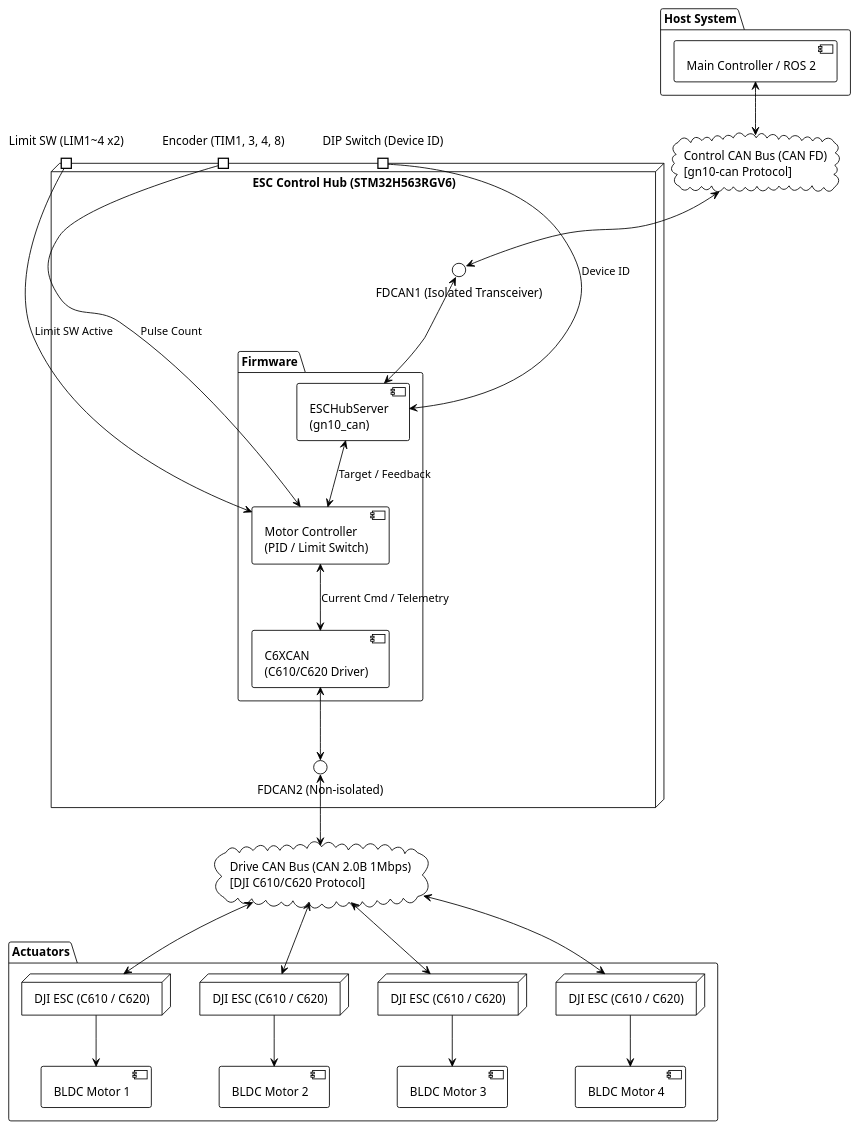
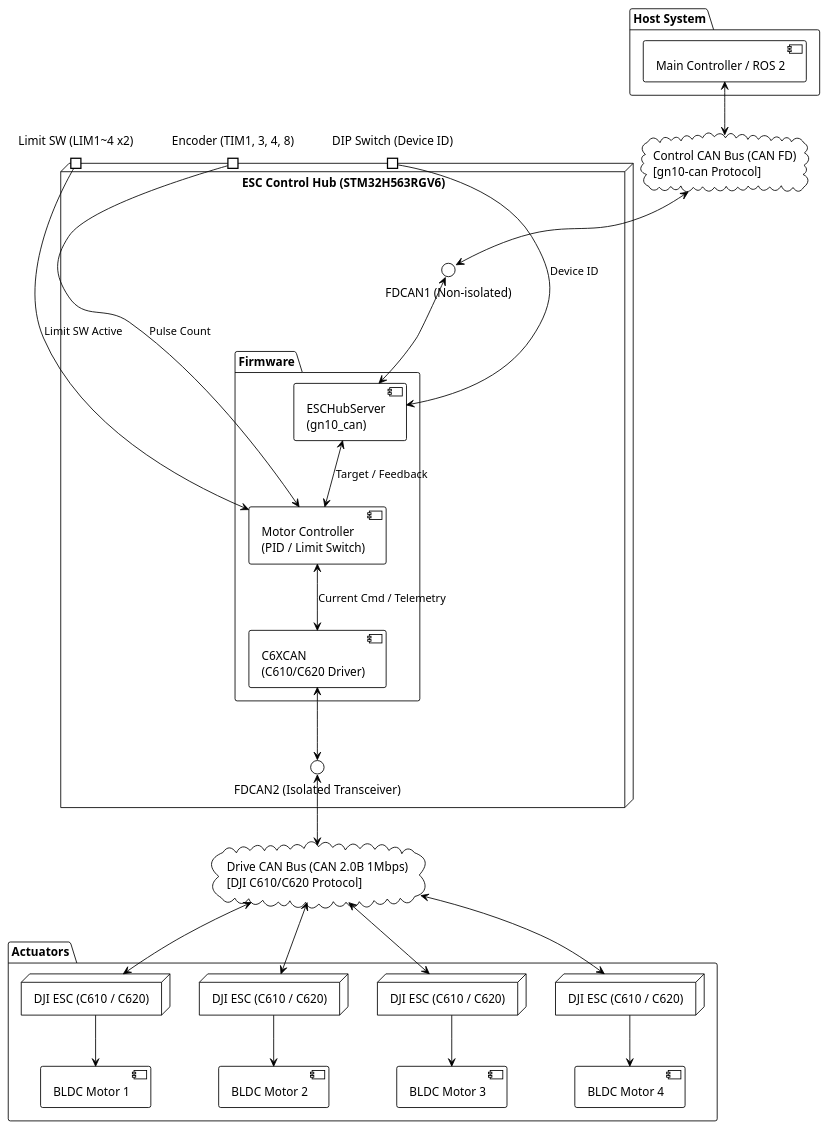
The diagram in docs/uml/system_architecture.puml (tmcit-ararobo-2026a/esc-control-hub), drawn with PlantUML before and after one commit. The commit also changed 1 other file, not shown here.

Commit message:
docs: fix can transceiver isolation

```diff
--- a/docs/uml/system_architecture.puml
+++ b/docs/uml/system_architecture.puml
@@ -1,64 +1,64 @@
 @startuml system_architecture
 !theme plain
 skinparam componentStyle uml2
 skinparam shadowing false
 
 package "Host System" {
     [Main Controller / ROS 2] as Host
 }
 
 cloud "Control CAN Bus (CAN FD)\n[gn10-can Protocol]" as ControlCAN
 
 node "ESC Control Hub (STM32H563RGV6)" {
-    interface "FDCAN1 (Isolated Transceiver)" as IF_FDCAN1
-    interface "FDCAN2 (Non-isolated)" as IF_FDCAN2
+    interface "FDCAN1 (Non-isolated)" as IF_FDCAN1
+    interface "FDCAN2 (Isolated Transceiver)" as IF_FDCAN2
     
     package "Firmware" {
         [ESCHubServer\n(gn10_can)] as Server
         [Motor Controller\n(PID / Limit Switch)] as Controller
         [C6XCAN\n(C610/C620 Driver)] as C6X
     }
 
     portin "Limit SW (LIM1~4 x2)" as Port_LIM
     portin "Encoder (TIM1, 3, 4, 8)" as Port_ENC
     portin "DIP Switch (Device ID)" as Port_DIP
 }
 
 cloud "Drive CAN Bus (CAN 2.0B 1Mbps)\n[DJI C610/C620 Protocol]" as DriveCAN
 
 package "Actuators" {
     node "DJI ESC (C610 / C620)" as ESC1
     node "DJI ESC (C610 / C620)" as ESC2
     node "DJI ESC (C610 / C620)" as ESC3
     node "DJI ESC (C610 / C620)" as ESC4
 
     [BLDC Motor 1] as M1
     [BLDC Motor 2] as M2
     [BLDC Motor 3] as M3
     [BLDC Motor 4] as M4
 }
 
 Host <--> ControlCAN
 ControlCAN <--> IF_FDCAN1
 IF_FDCAN1 <--> Server
 
 Server <--> Controller : Target / Feedback
 Controller <--> C6X : Current Cmd / Telemetry
 Port_LIM --> Controller : Limit SW Active
 Port_ENC --> Controller : Pulse Count
 Port_DIP --> Server : Device ID
 
 C6X <--> IF_FDCAN2
 IF_FDCAN2 <--> DriveCAN
 
 DriveCAN <--> ESC1
 DriveCAN <--> ESC2
 DriveCAN <--> ESC3
 DriveCAN <--> ESC4
 
 ESC1 --> M1
 ESC2 --> M2
 ESC3 --> M3
 ESC4 --> M4
 
 @enduml
```
